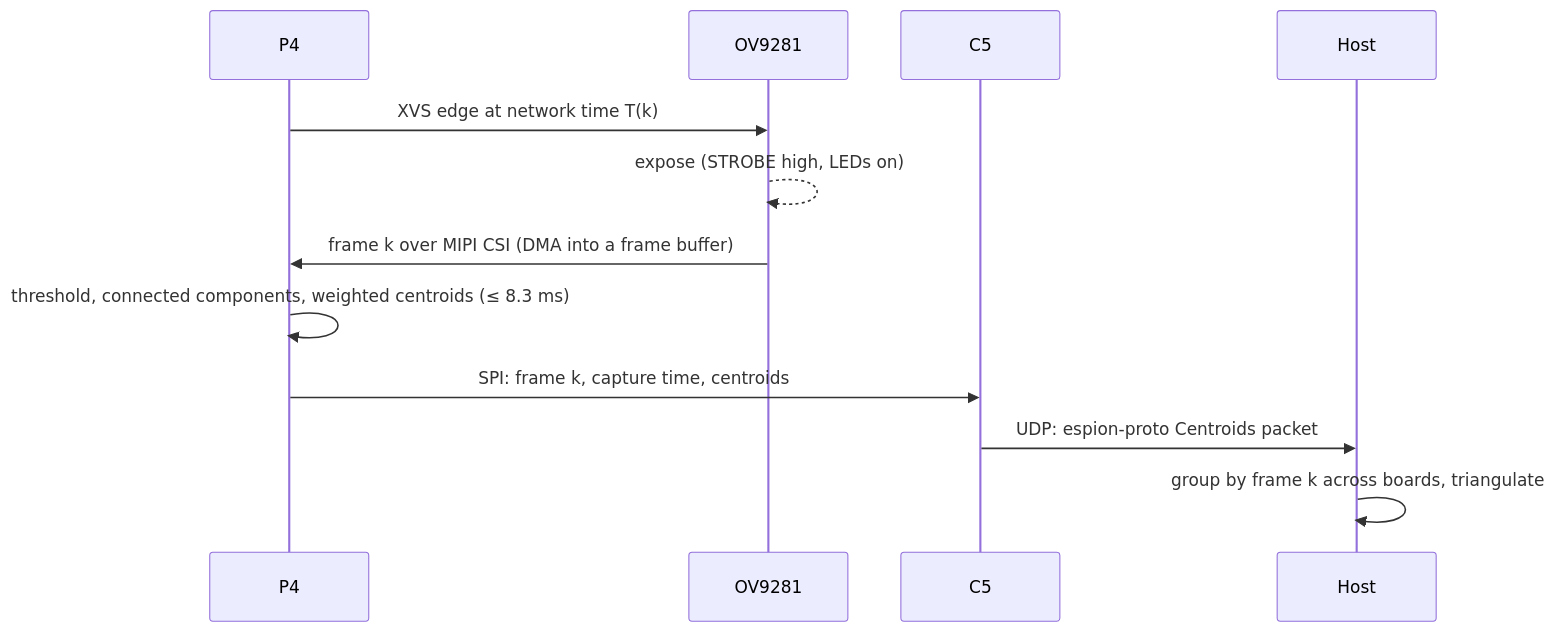
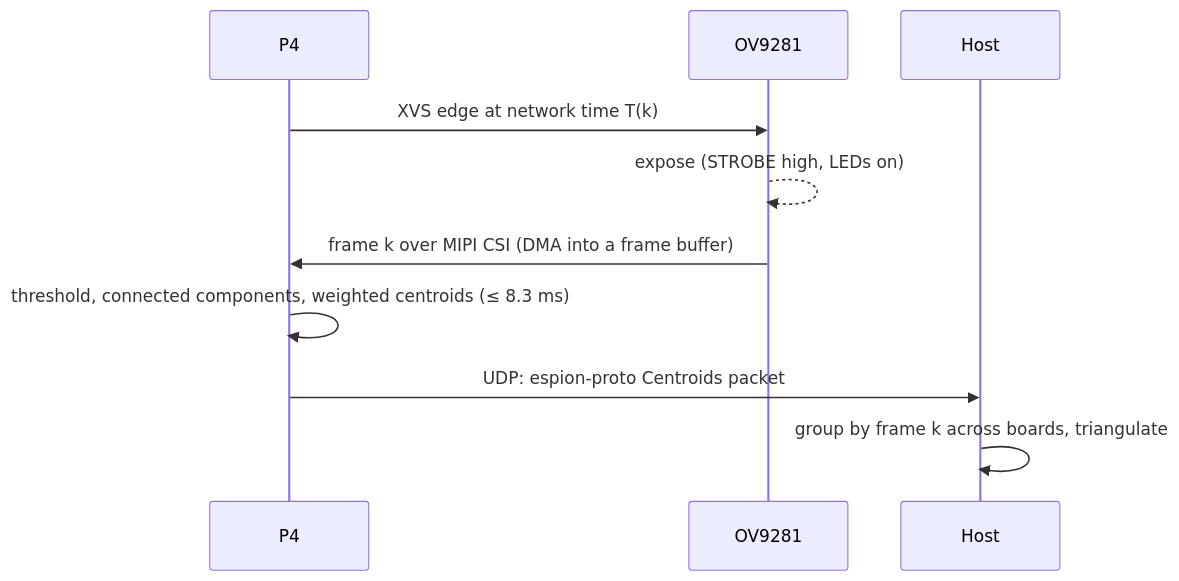
The second of 2 diagrams in docs/architecture.md (azais-corentin/espion), drawn with Mermaid before and after one commit. The commit also changed other lines of this file and 50 other files, not shown here.

````diff
--- a/docs/architecture.md
+++ b/docs/architecture.md
@@ -56,14 +101,12 @@
 ```mermaid
 sequenceDiagram
   participant P4
   participant S as OV9281
-  participant C5
   participant H as Host
   P4->>S: XVS edge at network time T(k)
   S-->>S: expose (STROBE high, LEDs on)
   S->>P4: frame k over MIPI CSI (DMA into a frame buffer)
   P4->>P4: threshold, connected components, weighted centroids (≤ 8.3 ms)
-  P4->>C5: SPI: frame k, capture time, centroids
-  C5->>H: UDP: espion-proto Centroids packet
+  P4->>H: UDP: espion-proto Centroids packet
   H->>H: group by frame k across boards, triangulate
 ```
````
